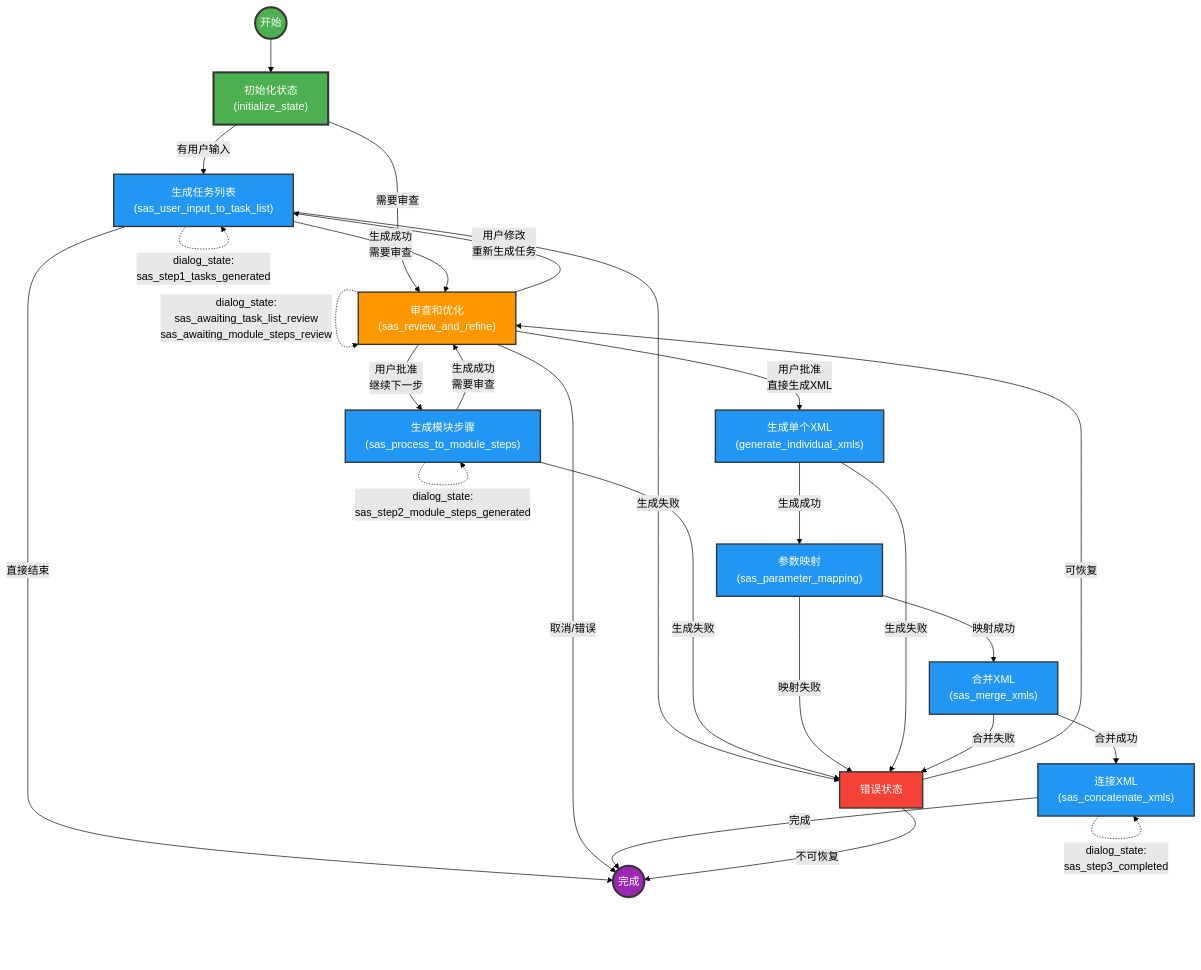
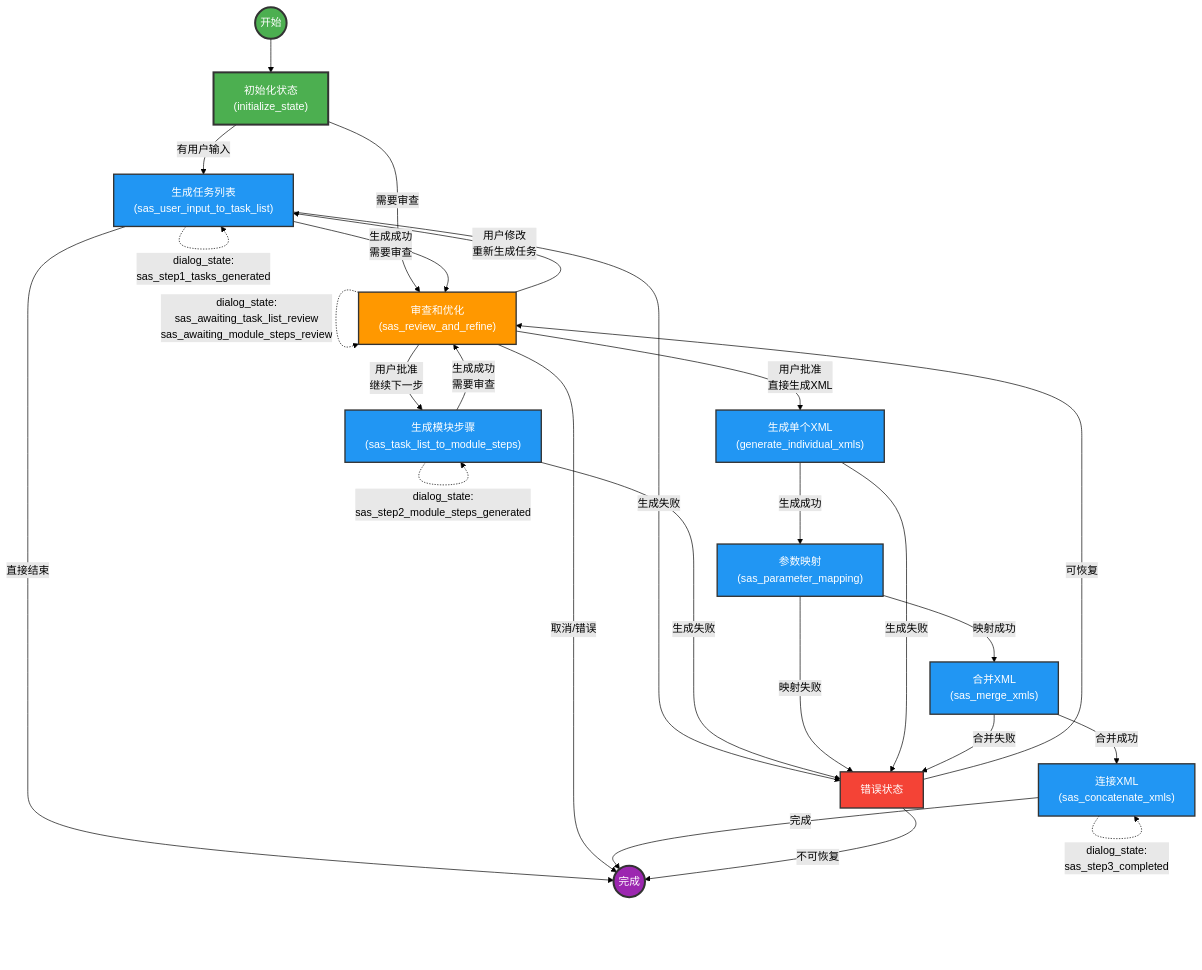
The diagram in docs/backend/sas/diagram.mermaid (yyren7/visual_workflow_editor), drawn with Mermaid (forest theme) before and after one commit. The commit also changed 18 other files, not shown here.

```diff
--- a/docs/backend/sas/diagram.mermaid
+++ b/docs/backend/sas/diagram.mermaid
@@ -1,60 +1,60 @@
 graph TD
     %% SAS LangGraph 状态转移图
     
     %% 定义节点样式
     classDef initNode fill:#4CAF50,stroke:#333,stroke-width:3px,color:#fff
     classDef processNode fill:#2196F3,stroke:#333,stroke-width:2px,color:#fff
     classDef reviewNode fill:#FF9800,stroke:#333,stroke-width:2px,color:#fff
     classDef errorNode fill:#f44336,stroke:#333,stroke-width:2px,color:#fff
     classDef endNode fill:#9C27B0,stroke:#333,stroke-width:3px,color:#fff
     
     %% 定义状态节点
     START(("开始")):::initNode
     INIT["初始化状态<br/>(initialize_state)"]:::initNode
     TASK_GEN["生成任务列表<br/>(sas_user_input_to_task_list)"]:::processNode
     REVIEW["审查和优化<br/>(sas_review_and_refine)"]:::reviewNode
-    MODULE_STEPS["生成模块步骤<br/>(sas_process_to_module_steps)"]:::processNode
+    MODULE_STEPS["生成模块步骤<br/>(sas_task_list_to_module_steps)"]:::processNode
     PARAM_MAP["参数映射<br/>(sas_parameter_mapping)"]:::processNode
     GEN_XML["生成单个XML<br/>(generate_individual_xmls)"]:::processNode
     MERGE_XML["合并XML<br/>(sas_merge_xmls)"]:::processNode
     CONCAT_XML["连接XML<br/>(sas_concatenate_xmls)"]:::processNode
     ERROR["错误状态"]:::errorNode
     END(("完成")):::endNode
     
     %% 定义状态转换
     START --> INIT
     
     INIT -->|"有用户输入"| TASK_GEN
     INIT -->|"需要审查"| REVIEW
     
     TASK_GEN -->|"生成成功<br/>需要审查"| REVIEW
     TASK_GEN -->|"生成失败"| ERROR
     TASK_GEN -->|"直接结束"| END
     
     REVIEW -->|"用户批准<br/>继续下一步"| MODULE_STEPS
     REVIEW -->|"用户修改<br/>重新生成任务"| TASK_GEN
     REVIEW -->|"用户批准<br/>直接生成XML"| GEN_XML
     REVIEW -->|"取消/错误"| END
     
     MODULE_STEPS -->|"生成成功<br/>需要审查"| REVIEW
     MODULE_STEPS -->|"生成失败"| ERROR
     
     PARAM_MAP -->|"映射成功"| MERGE_XML
     PARAM_MAP -->|"映射失败"| ERROR
     
     GEN_XML -->|"生成成功"| PARAM_MAP
     GEN_XML -->|"生成失败"| ERROR
     
     MERGE_XML -->|"合并成功"| CONCAT_XML
     MERGE_XML -->|"合并失败"| ERROR
     
     CONCAT_XML -->|"完成"| END
     
     ERROR -->|"可恢复"| REVIEW
     ERROR -->|"不可恢复"| END
     
     %% 添加对话状态标签
     TASK_GEN -.->|"dialog_state:<br/>sas_step1_tasks_generated"| TASK_GEN
     REVIEW -.->|"dialog_state:<br/>sas_awaiting_task_list_review<br/>sas_awaiting_module_steps_review"| REVIEW
     MODULE_STEPS -.->|"dialog_state:<br/>sas_step2_module_steps_generated"| MODULE_STEPS
     CONCAT_XML -.->|"dialog_state:<br/>sas_step3_completed"| CONCAT_XML
```
